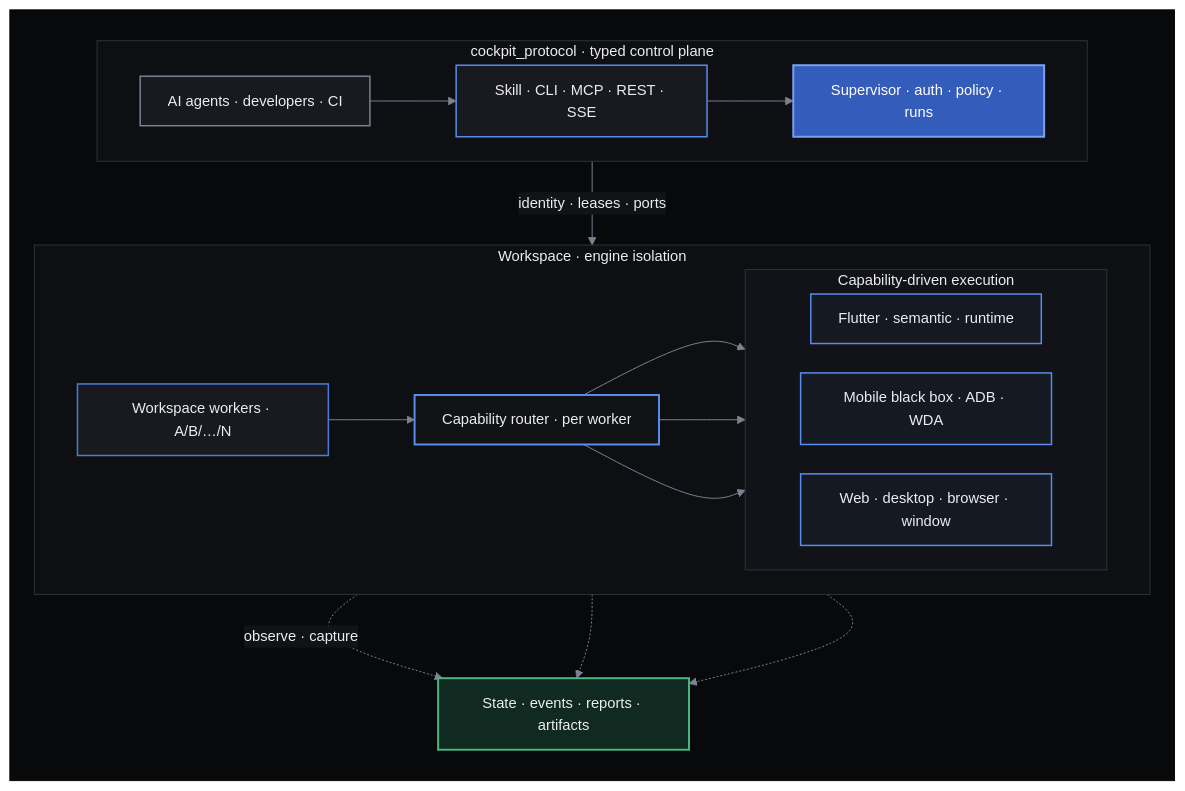
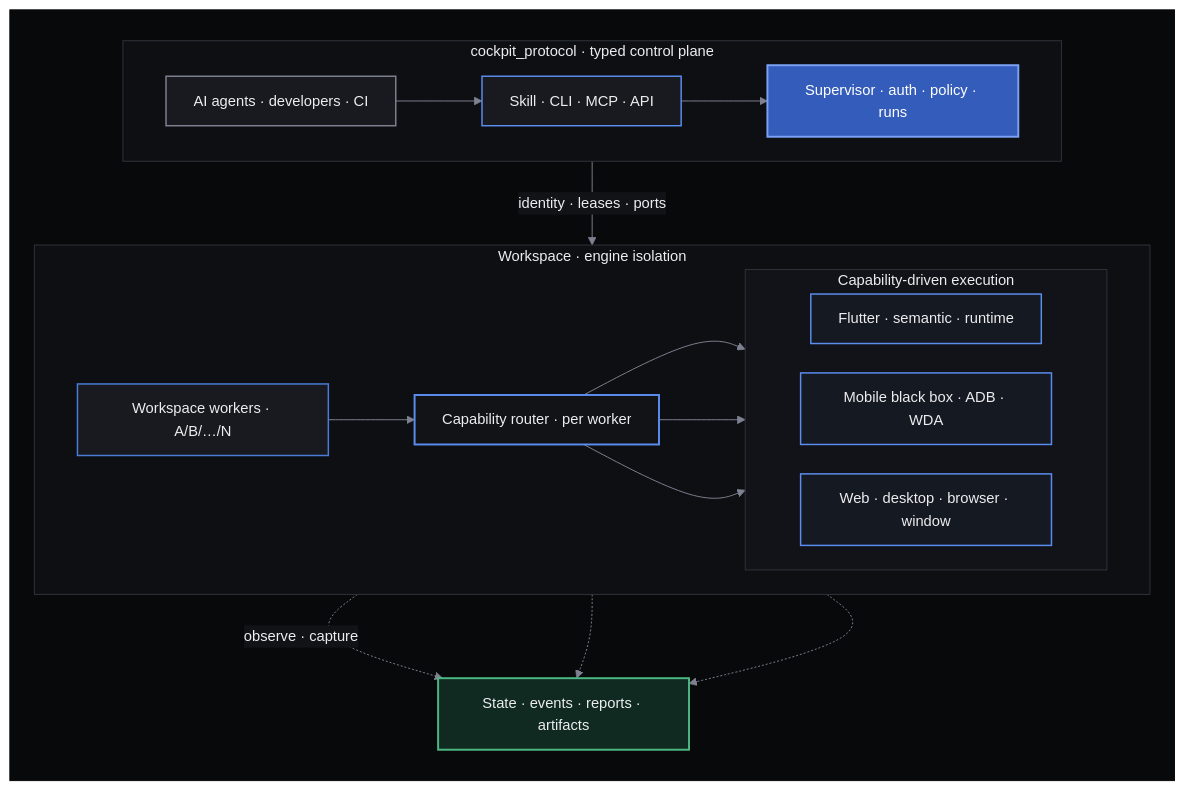
One commit to cockpit-dev/cockpit changed the diagram in README.md. Above: the diagram before and after it, drawn with Mermaid. The commit also changed 1 other file, not shown here.

Commit message:
docs: avoid clipped architecture labels

````diff
--- a/README.md
+++ b/README.md
@@ -119,60 +119,60 @@
 ```mermaid
 %%{init: {"theme": "base", "themeVariables": {"darkMode": true, "background": "#08090A", "fontFamily": "system-ui, -apple-system, BlinkMacSystemFont, Segoe UI, sans-serif", "fontSize": "15px", "primaryColor": "#181A1F", "primaryTextColor": "#EDEDEF", "primaryBorderColor": "#5B8DEF", "lineColor": "#7D8190", "secondaryColor": "#121317", "tertiaryColor": "#0D0F13", "clusterBkg": "#0D0F13", "clusterBorder": "#30323A", "edgeLabelBackground": "#121317"}, "flowchart": {"curve": "basis", "nodeSpacing": 30, "rankSpacing": 38, "padding": 14}}}%%
 flowchart TB
   subgraph Architecture[" "]
     direction TB
   subgraph ControlPath["cockpit_protocol · typed control plane"]
     direction LR
     Actors["AI agents · developers · CI"]
-    Surfaces["Skill · CLI · MCP · REST · SSE"]
+    Surfaces["Skill · CLI · MCP · API"]
     Supervisor["Supervisor · auth · policy · runs"]
     Actors --> Surfaces --> Supervisor
   end
 
   subgraph RuntimePath["Workspace · engine isolation"]
     direction LR
     Workers["Workspace workers · A/B/…/N"]
     Router["Capability router · per worker"]
 
     subgraph Planes["Capability-driven execution"]
       direction LR
       Flutter["Flutter · semantic · runtime"]
       Native["Mobile black box · ADB · WDA"]
       Desktop["Web · desktop · browser · window"]
     end
 
     Workers --> Router
     Router --> Flutter
     Router --> Native
     Router --> Desktop
   end
 
   Evidence["State · events · reports · artifacts"]
 
   Supervisor -->|identity · leases · ports| Workers
   Flutter -.->|observe · capture| Evidence
   Native -.-> Evidence
   Desktop -.-> Evidence
   end
 
   classDef actor fill:#181A1F,stroke:#7D8190,color:#EDEDEF,stroke-width:1.5px
   classDef surface fill:#181A1F,stroke:#5B8DEF,color:#EDEDEF,stroke-width:1.5px
   classDef primary fill:#345CBA,stroke:#7BA1F2,color:#FFFFFF,stroke-width:2px
   classDef control fill:#121317,stroke:#5B8DEF,color:#EDEDEF,stroke-width:2px
   classDef worker fill:#181A1F,stroke:#4A7DD8,color:#EDEDEF,stroke-width:1.5px
   classDef plane fill:#151922,stroke:#5B8DEF,color:#EDEDEF,stroke-width:1.5px
   classDef evidence fill:#102A22,stroke:#4CB782,color:#EDEDEF,stroke-width:2px
 
   class Actors actor
   class Surfaces surface
   class Supervisor primary
   class Router control
   class Workers worker
   class Flutter,Native,Desktop plane
   class Evidence evidence
 
   style Architecture fill:#08090A,stroke:#08090A,color:#EDEDEF
   style ControlPath fill:#0D0F13,stroke:#30323A,color:#EDEDEF
   style RuntimePath fill:#0D0F13,stroke:#30323A,color:#EDEDEF
   style Planes fill:#111318,stroke:#30323A,color:#EDEDEF
 ```
````
